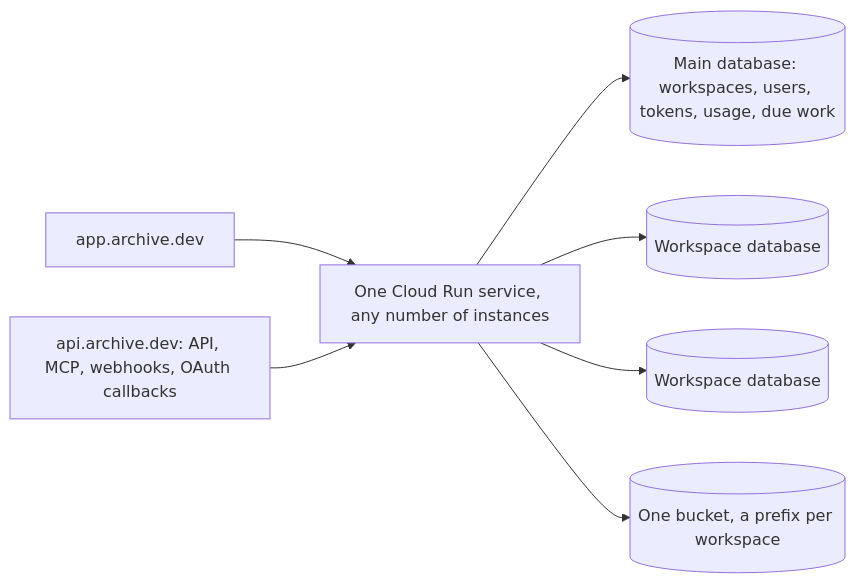
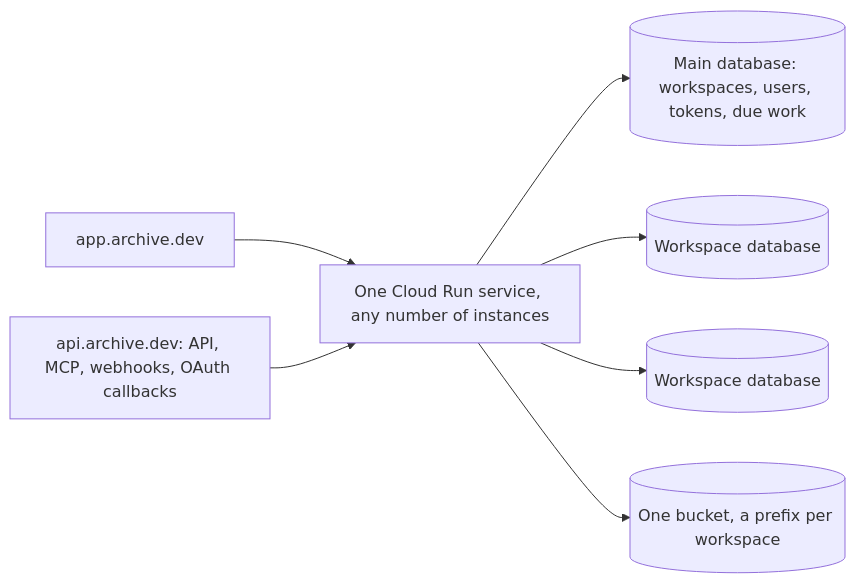
The diagram in docs/adr/0003-hosting.md (Mulholland-Inc/archive), drawn with Mermaid before and after one commit. The commit also changed other lines of this file and 24 other files, not shown here.

````diff
--- a/docs/adr/0003-hosting.md
+++ b/docs/adr/0003-hosting.md
@@ -13,9 +13,9 @@
 ```mermaid
 flowchart LR
   Browser[app.archive.dev] --> Run
   Clients[api.archive.dev: API, MCP, webhooks, OAuth callbacks] --> Run
-  Run[One Cloud Run service, any number of instances] --> Main[(Main database: workspaces, users, tokens, usage, due work)]
+  Run[One Cloud Run service, any number of instances] --> Main[(Main database: workspaces, users, tokens, due work)]
   Run --> W1[(Workspace database)]
   Run --> W2[(Workspace database)]
   Run --> Blobs[(One bucket, a prefix per workspace)]
 ```
````
